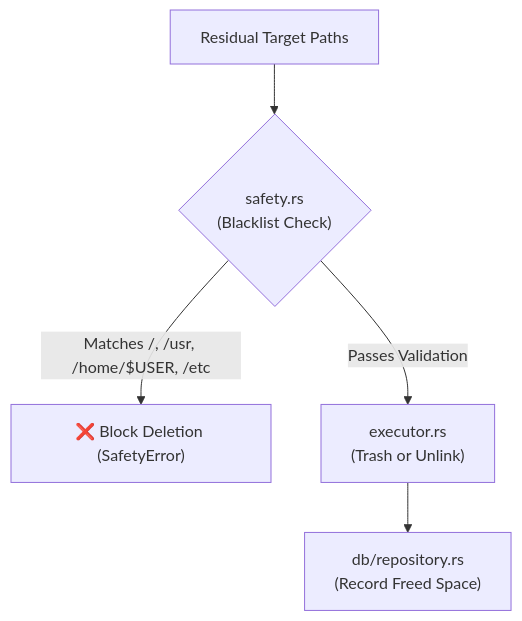
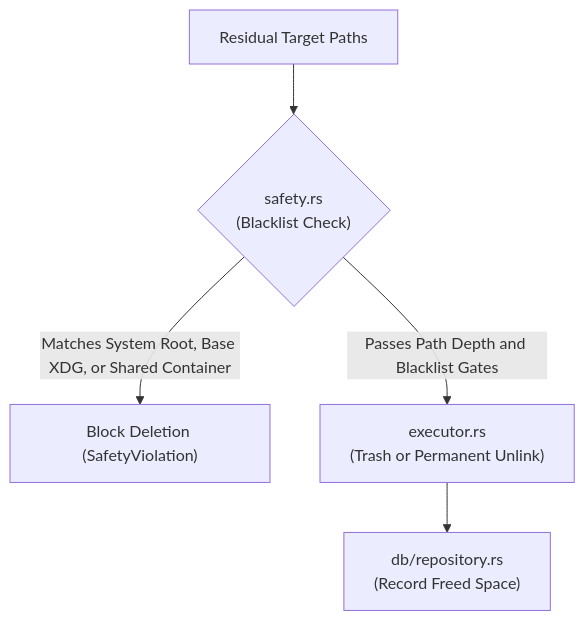
One commit to haydermuhib/SweepX changed the second of 3 diagrams in ARCHITECTURE.md. Above: the diagram before and after it, drawn with Mermaid. The commit also changed other lines of this file and 2 other files, not shown here.

Commit message:
docs: humanize architecture and presentation guides, remove scrollbars from index.html

````diff
--- a/ARCHITECTURE.md
+++ b/ARCHITECTURE.md
@@ -99,7 +112,7 @@
 ```mermaid
 graph TD
     Target["Residual Target Paths"] --> Safety{"safety.rs<br>(Blacklist Check)"}
-    Safety -- "Matches /, /usr, /home/$USER, /etc" --> Denied["❌ Block Deletion (SafetyError)"]
-    Safety -- "Passes Validation" --> Executor["executor.rs<br>(Trash or Unlink)"]
+    Safety -- "Matches System Root, Base XDG, or Shared Container" --> Denied["Block Deletion (SafetyViolation)"]
+    Safety -- "Passes Path Depth and Blacklist Gates" --> Executor["executor.rs<br>(Trash or Permanent Unlink)"]
     Executor --> Audit["db/repository.rs<br>(Record Freed Space)"]
 ```
````
